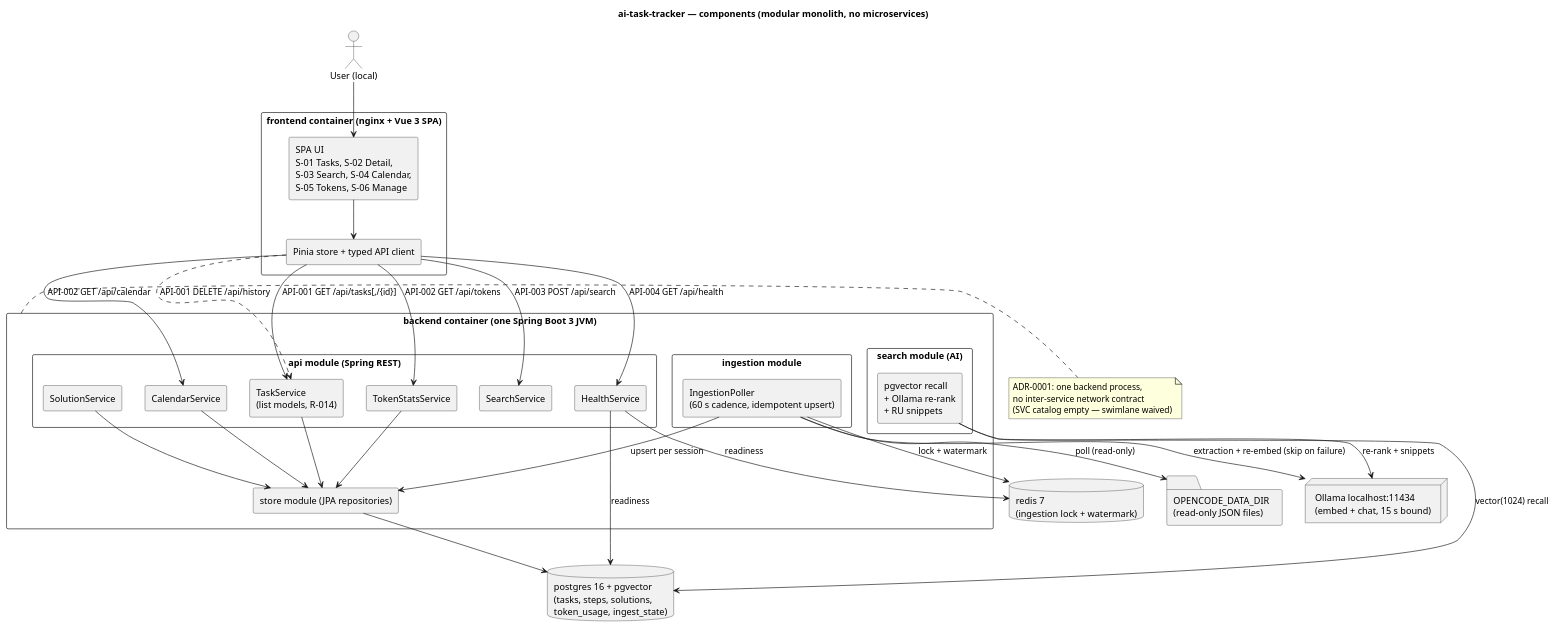
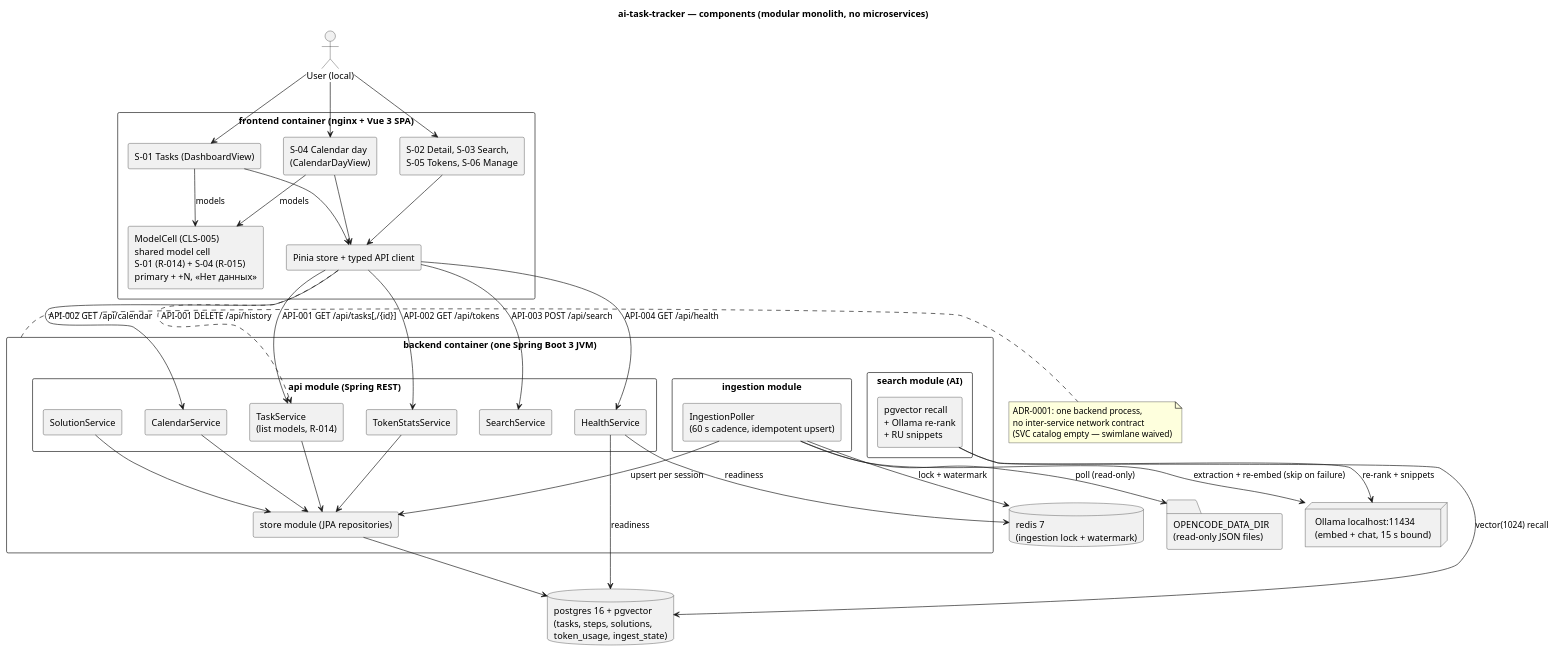
Before and after one commit to serge-sasov/ai-task-tracker: the diagram in docs/architecture/components-ai-task-tracker.puml, drawn with PlantUML. The commit also changed 13 other files, not shown here.

```diff
--- a/docs/architecture/components-ai-task-tracker.puml
+++ b/docs/architecture/components-ai-task-tracker.puml
@@ -1,66 +1,76 @@
 @startuml component-ai-task-tracker
 ' T-022 R-01 — component diagram (ADR-0001 modular monolith; ADR-0002)
+' T-034 R-01 — S-04 day-view model column: shared ModelCell (CLS-005, R-014/R-015)
 ' Screens S-01..S-06 (ui-spec), components per architecture-ai-task-tracker.md
 skinparam componentStyle rectangle
 skinparam packageStyle rectangle
 title ai-task-tracker — components (modular monolith, no microservices)
 
 actor "User (local)" as user
 
 package "frontend container (nginx + Vue 3 SPA)" as web {
-  [SPA UI\nS-01 Tasks, S-02 Detail,\nS-03 Search, S-04 Calendar,\nS-05 Tokens, S-06 Manage] as spa
+  [S-01 Tasks (DashboardView)] as s01
+  [S-04 Calendar day\n(CalendarDayView)] as s04
+  [S-02 Detail, S-03 Search,\nS-05 Tokens, S-06 Manage] as spa
+  [ModelCell (CLS-005)\nshared model cell\nS-01 (R-014) + S-04 (R-015)\nprimary + +N, «Нет данных»] as modelcell
   [Pinia store + typed API client] as client
+  s01 --> modelcell : models
+  s04 --> modelcell : models
+  s01 --> client
+  s04 --> client
   spa --> client
 }
 
 package "backend container (one Spring Boot 3 JVM)" as backend {
   package "api module (Spring REST)" as api {
     [TaskService\n(list models, R-014)] as tasksvc
     [SolutionService] as solsvc
     [CalendarService] as calsvc
     [TokenStatsService] as toksvc
     [SearchService] as srchsvc
     [HealthService] as hlthsvc
   }
   package "ingestion module" as ing {
     [IngestionPoller\n(60 s cadence, idempotent upsert)] as poller
   }
   package "search module (AI)" as srch {
     [pgvector recall\n+ Ollama re-rank\n+ RU snippets] as ai
   }
   [store module (JPA repositories)] as repos
 }
 
 database "postgres 16 + pgvector\n(tasks, steps, solutions,\ntoken_usage, ingest_state)" as pg
 database "redis 7\n(ingestion lock + watermark)" as redis
 node "Ollama localhost:11434\n(embed + chat, 15 s bound)" as llm
 folder "OPENCODE_DATA_DIR\n(read-only JSON files)" as src
 
+user --> s01
+user --> s04
 user --> spa
 client --> hlthsvc : API-004 GET /api/health
 client --> tasksvc : API-001 GET /api/tasks[,/{id}]
 client --> calsvc : API-002 GET /api/calendar
 client --> toksvc : API-002 GET /api/tokens
 client --> srchsvc : API-003 POST /api/search
 client ..> tasksvc : API-001 DELETE /api/history
 
 poller --> src : poll (read-only)
 poller --> redis : lock + watermark
 poller --> repos : upsert per session
 poller --> llm : extraction + re-embed (skip on failure)
 ai --> pg : vector(1024) recall
 ai --> llm : re-rank + snippets
 tasksvc --> repos
 solsvc --> repos
 calsvc --> repos
 toksvc --> repos
 hlthsvc --> pg : readiness
 hlthsvc --> redis : readiness
 repos --> pg
 
 note right of backend
   ADR-0001: one backend process,
   no inter-service network contract
   (SVC catalog empty — swimlane waived)
 end note
 @enduml
```
